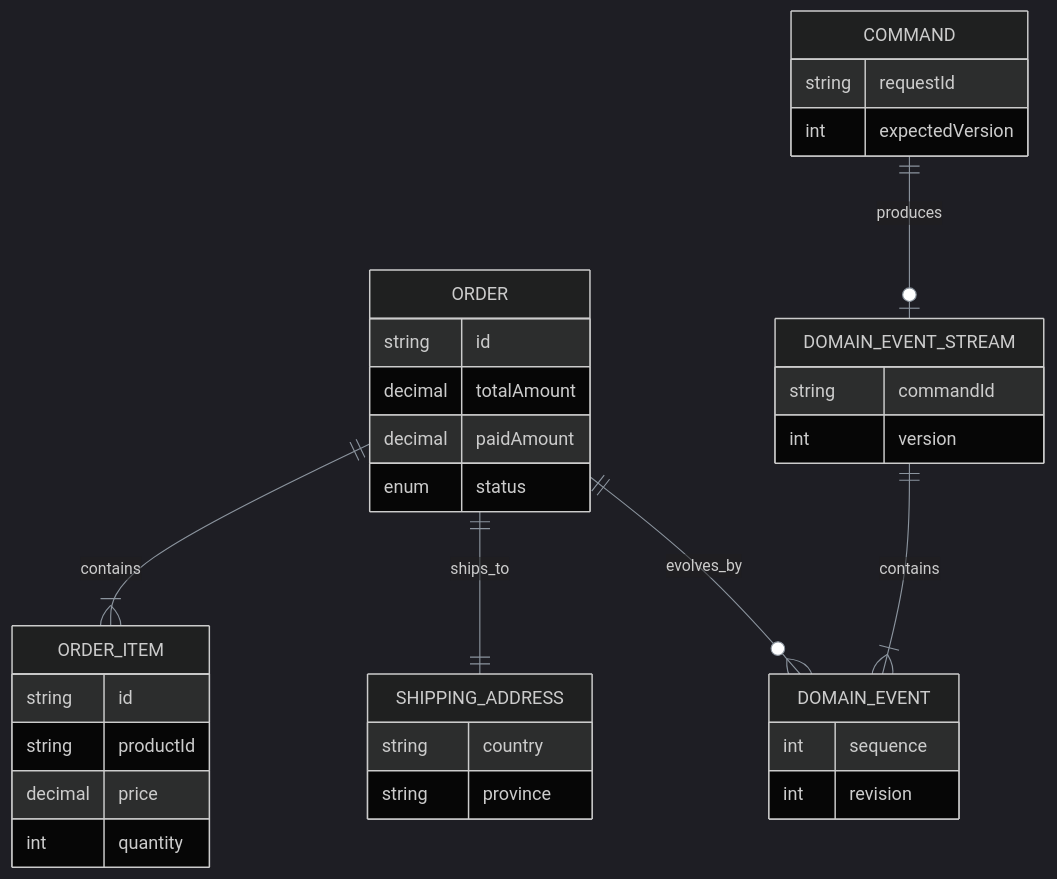
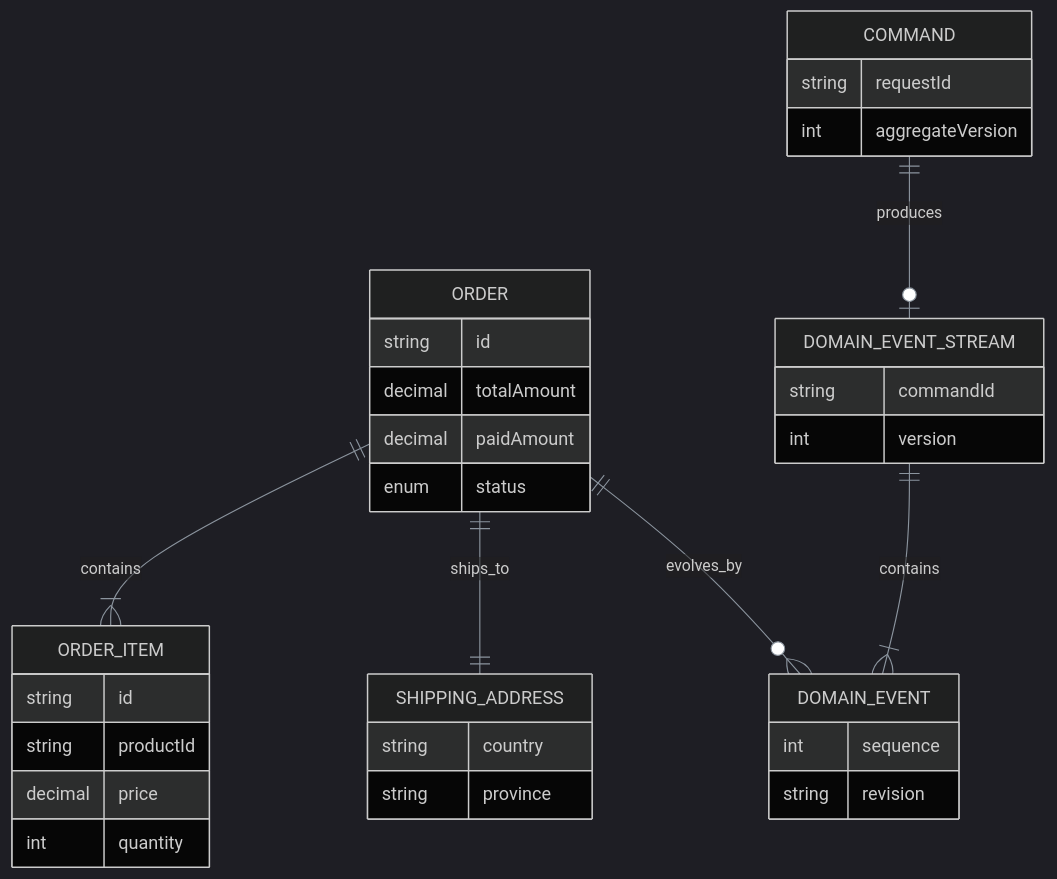
The fourth of 10 diagrams in documentation/docs/en/onboarding/staff-engineer-guide.md (Ahoo-Wang/Wow), drawn with Mermaid before and after one commit. The commit also changed other lines of this file and 39 other files, not shown here.

````diff
--- a/documentation/docs/en/onboarding/staff-engineer-guide.md
+++ b/documentation/docs/en/onboarding/staff-engineer-guide.md
@@ -310,37 +310,37 @@
 ```mermaid
 %%{init: {'theme': 'dark', 'themeVariables': {'primaryColor': '#2d333b', 'primaryBorderColor': '#6d5dfc', 'primaryTextColor': '#e6edf3', 'lineColor': '#8b949e', 'clusterBkg': '#161b22', 'clusterBorder': '#30363d'}}}%%
 erDiagram
     ORDER ||--|{ ORDER_ITEM : contains
     ORDER ||--|| SHIPPING_ADDRESS : ships_to
     ORDER ||--o{ DOMAIN_EVENT : evolves_by
     COMMAND ||--o| DOMAIN_EVENT_STREAM : produces
     DOMAIN_EVENT_STREAM ||--|{ DOMAIN_EVENT : contains
     ORDER {
       string id
       decimal totalAmount
       decimal paidAmount
       enum status
     }
     ORDER_ITEM {
       string id
       string productId
       decimal price
       int quantity
     }
     SHIPPING_ADDRESS {
       string country
       string province
     }
     COMMAND {
       string requestId
-      int expectedVersion
+      int aggregateVersion
     }
     DOMAIN_EVENT_STREAM {
       string commandId
       int version
     }
     DOMAIN_EVENT {
       int sequence
-      int revision
+      string revision
     }
 ```
````
